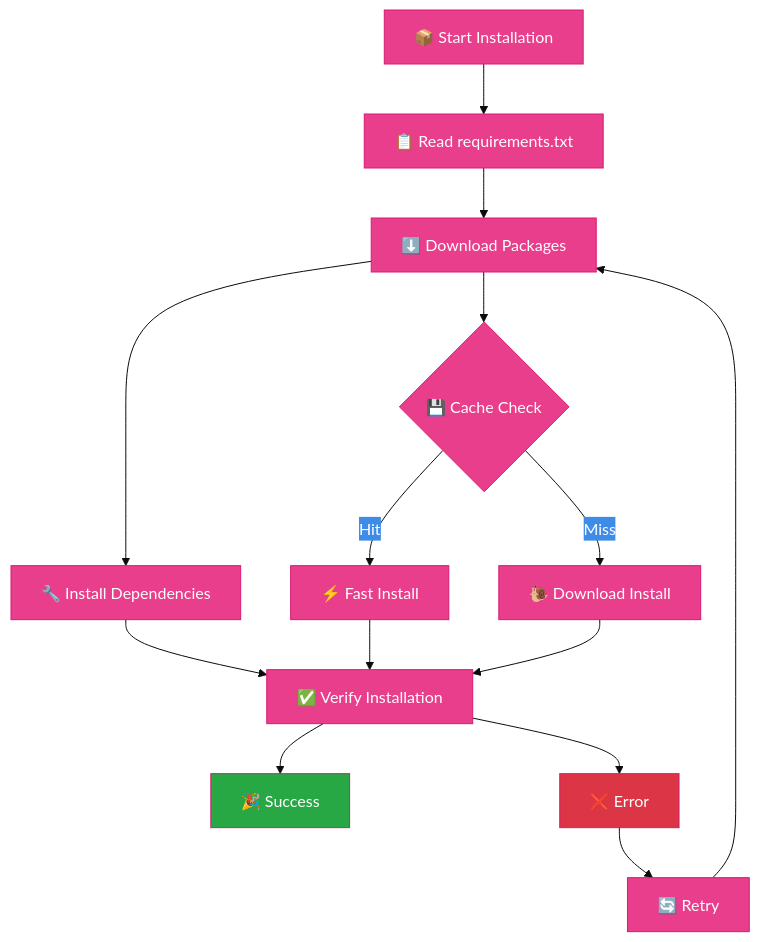
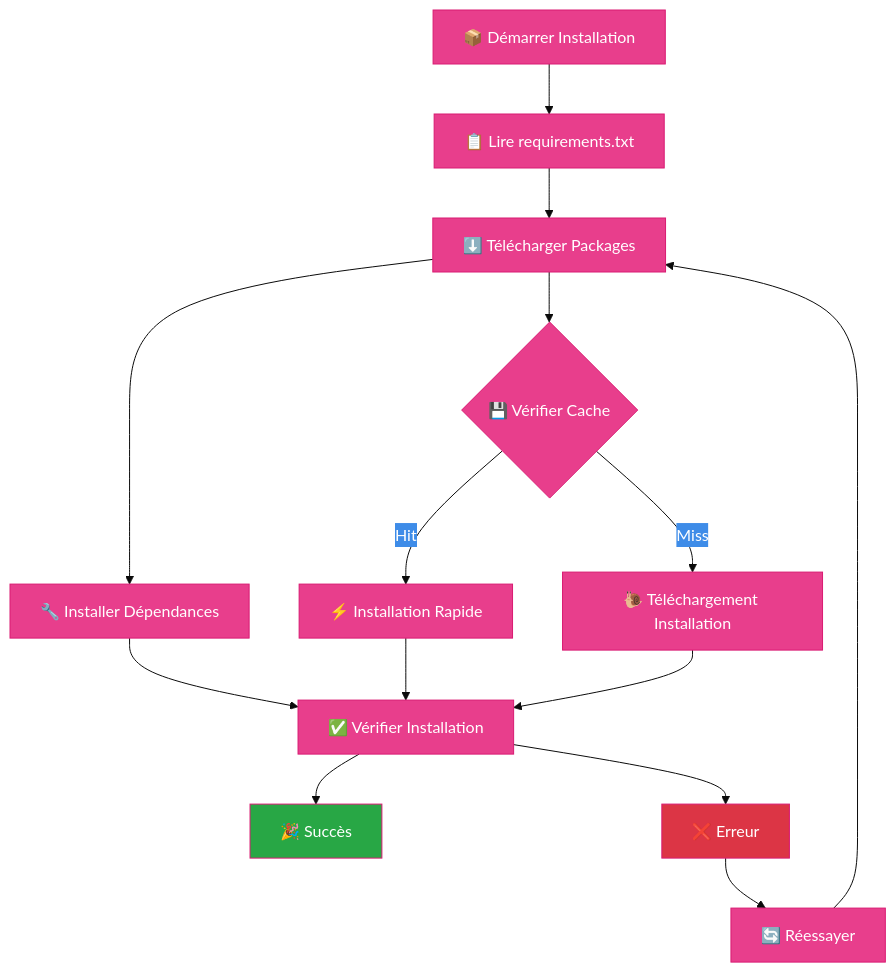
The fifth of 9 diagrams in docs/USER_GUIDES/INSTALLATION.md (arkalia-luna-system/ia-pipeline), drawn with Mermaid before and after one commit. The commit also changed other lines of this file and 8 other files, not shown here.

````diff
--- a/docs/USER_GUIDES/INSTALLATION.md
+++ b/docs/USER_GUIDES/INSTALLATION.md
@@ -183,23 +179,23 @@
 ```mermaid
 %%{init: {'theme':'base', 'themeVariables': { 'primaryColor': '#e83e8c', 'primaryTextColor': '#fff', 'primaryBorderColor': '#d91a72'}}}%%
 graph TD
-    START[📦 Start Installation] --> READ[📋 Read requirements.txt]
-    READ --> DOWNLOAD[⬇️ Download Packages]
-    DOWNLOAD --> INSTALL[🔧 Install Dependencies]
-    INSTALL --> VERIFY[✅ Verify Installation]
+    START[📦 Démarrer Installation] --> READ[📋 Lire requirements.txt]
+    READ --> DOWNLOAD[⬇️ Télécharger Packages]
+    DOWNLOAD --> INSTALL[🔧 Installer Dépendances]
+    INSTALL --> VERIFY[✅ Vérifier Installation]
     
-    DOWNLOAD --> CACHE{💾 Cache Check}
-    CACHE -->|Hit| FAST[⚡ Fast Install]
-    CACHE -->|Miss| SLOW[🐌 Download Install]
+    DOWNLOAD --> CACHE{💾 Vérifier Cache}
+    CACHE -->|Hit| FAST[⚡ Installation Rapide]
+    CACHE -->|Miss| SLOW[🐌 Téléchargement Installation]
     FAST --> VERIFY
     SLOW --> VERIFY
     
-    VERIFY --> SUCCESS[🎉 Success]
-    VERIFY --> ERROR[❌ Error]
-    ERROR --> RETRY[🔄 Retry]
+    VERIFY --> SUCCESS[🎉 Succès]
+    VERIFY --> ERROR[❌ Erreur]
+    ERROR --> RETRY[🔄 Réessayer]
     RETRY --> DOWNLOAD
     
     style START fill:#e83e8c
     style SUCCESS fill:#28a745
     style ERROR fill:#dc3545
 ```
````
